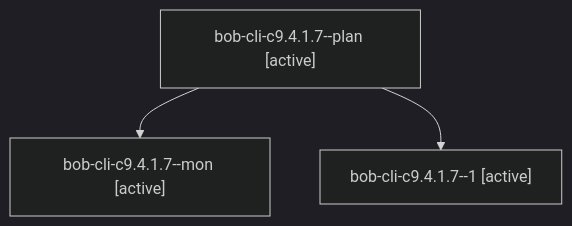
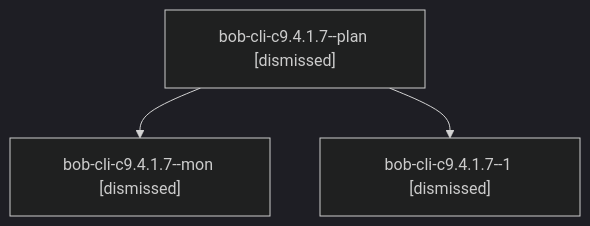
The diagram in sessions/bbugyi200.athena.bob-cli-c9.4.1.7.md (bobs-org/bob-cli--agents), drawn with Mermaid (dark theme) before and after one commit. The commit also changed other lines of this file and 130 other files, not shown here.

````diff
--- a/sessions/bbugyi200.athena.bob-cli-c9.4.1.7.md
+++ b/sessions/bbugyi200.athena.bob-cli-c9.4.1.7.md
@@ -9,8 +9,8 @@
 ```mermaid
 flowchart TD
-  n0["bob-cli-c9.4.1.7--plan [active]"]
-  n1["bob-cli-c9.4.1.7--mon [active]"]
+  n0["bob-cli-c9.4.1.7--plan [dismissed]"]
+  n1["bob-cli-c9.4.1.7--mon [dismissed]"]
   n0 --> n1
-  n2["bob-cli-c9.4.1.7--1 [active]"]
+  n2["bob-cli-c9.4.1.7--1 [dismissed]"]
   n0 --> n2
 ```
````
